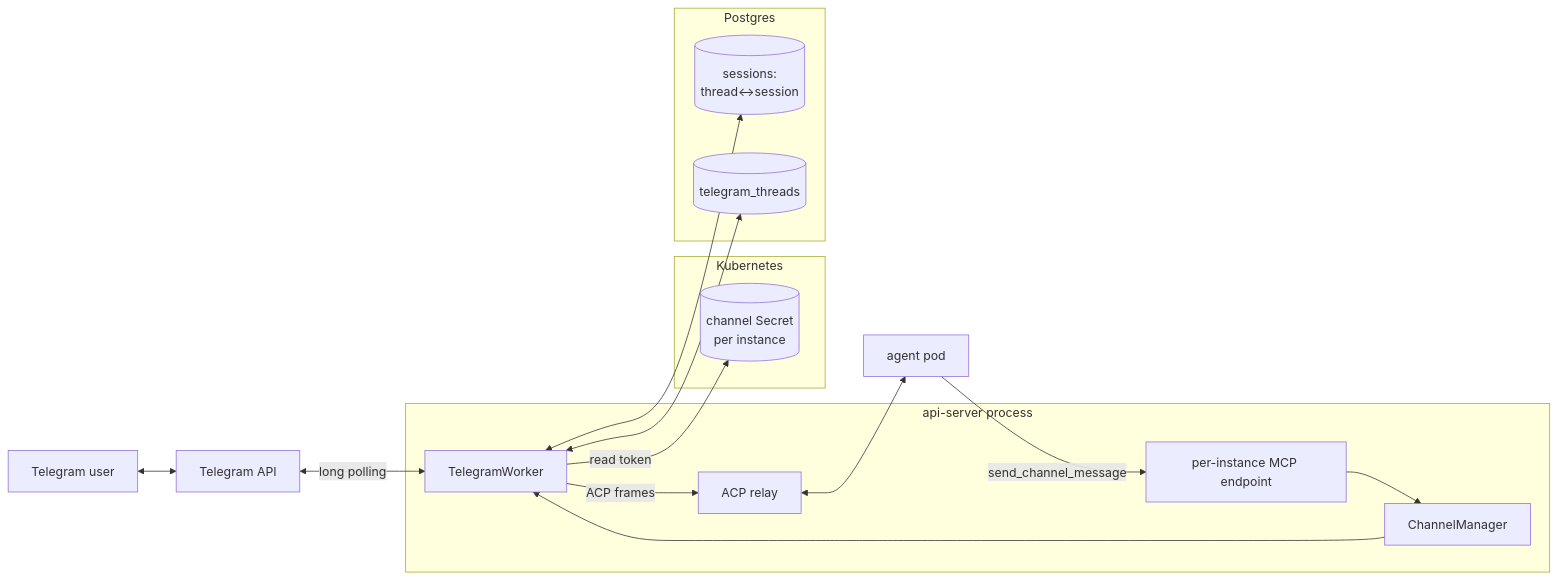
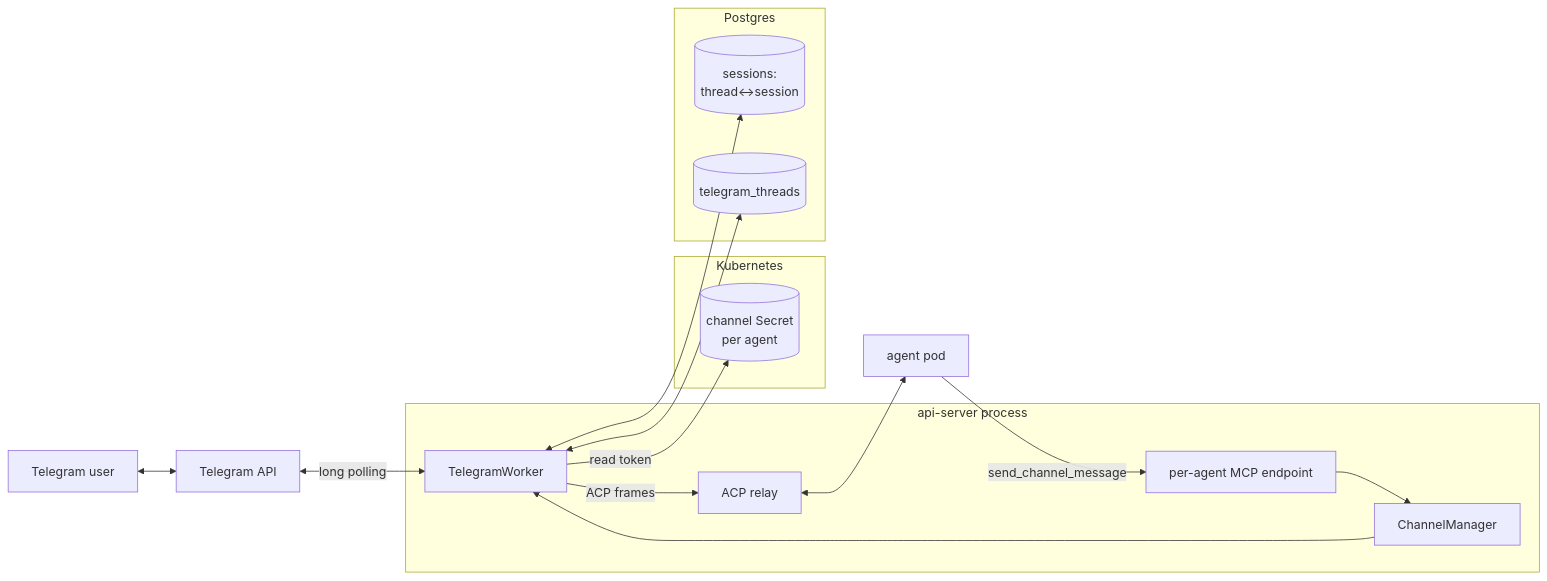
One commit to subbyte/dam changed the second of 4 diagrams in docs/architecture/channels.md. Above: the diagram before and after it, drawn with Mermaid. The commit also changed other lines of this file and 287 other files, not shown here.

Commit message:
refactor: eliminate Instance, collapse into Agent (ADR-046) (#302)

````diff
--- a/docs/architecture/channels.md
+++ b/docs/architecture/channels.md
@@ -72,34 +75,34 @@
 ```mermaid
 flowchart LR
   TU[Telegram user]
   TAPI[Telegram API]
 
   subgraph api-server[api-server process]
     CM[ChannelManager]
     TW[TelegramWorker]
-    MCP[per-instance MCP endpoint]
+    MCP[per-agent MCP endpoint]
     REL[ACP relay]
   end
 
   subgraph K8s[Kubernetes]
-    SEC[(channel Secret<br/>per instance)]
+    SEC[(channel Secret<br/>per agent)]
   end
 
   subgraph DB[Postgres]
     SES[(sessions:<br/>thread↔session)]
     AUT[(telegram_threads)]
   end
 
   POD[agent pod]
 
   TU <--> TAPI
   TAPI <-- long polling --> TW
   CM --> TW
   TW -- read token --> SEC
   TW <--> AUT
   TW <--> SES
   TW -- ACP frames --> REL
   REL <--> POD
   POD -- send_channel_message --> MCP
   MCP --> CM
 ```
````
